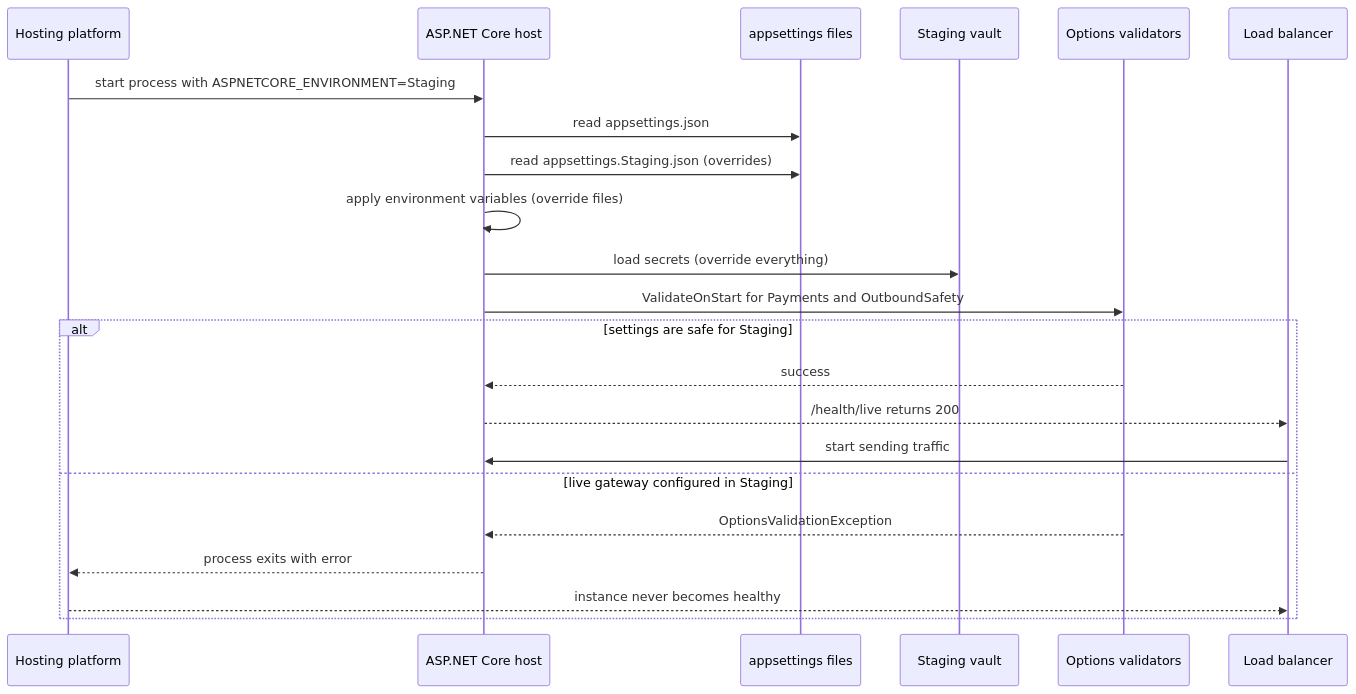
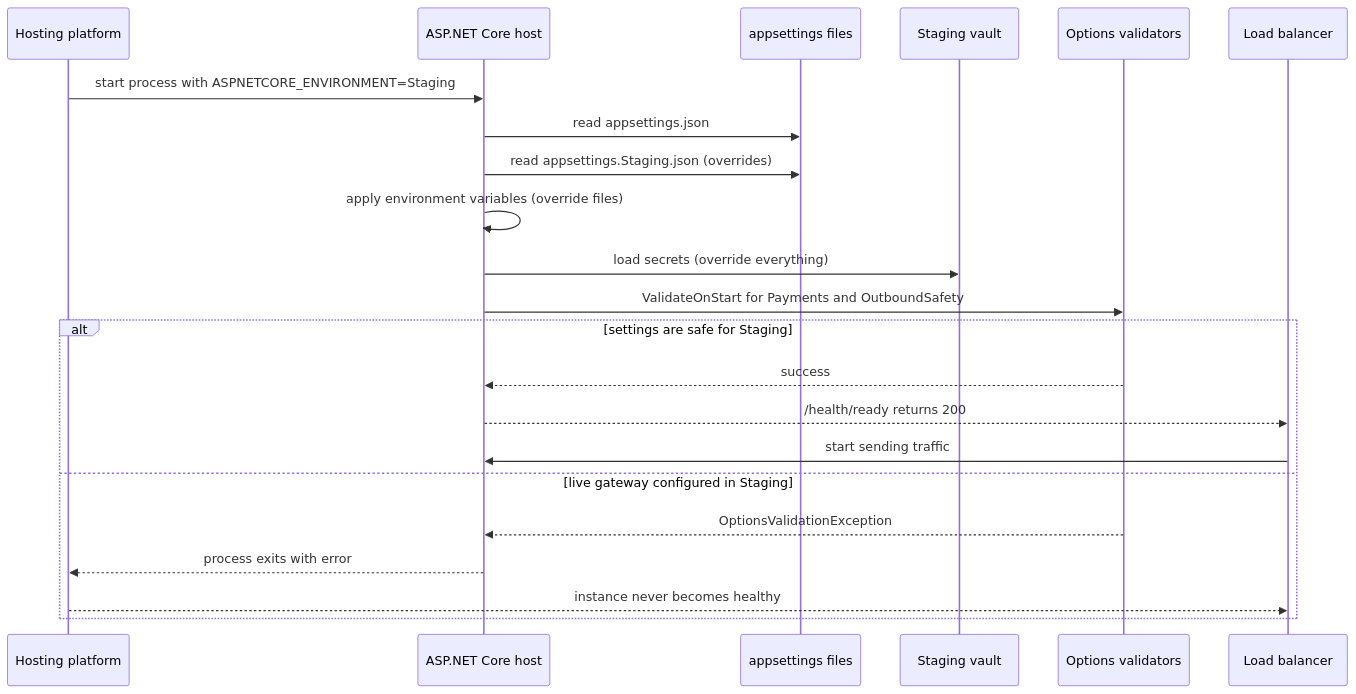
One commit to rizwi0786/system-design-lab changed the second of 2 diagrams in content/lessons/m15/m15-environments.md. Above: the diagram before and after it, drawn with Mermaid. The commit also changed other lines of this file and 334 other files, not shown here.

````diff
--- a/content/lessons/m15/m15-environments.md
+++ b/content/lessons/m15/m15-environments.md
@@ -220,24 +220,24 @@
 ```mermaid
 sequenceDiagram
     participant Plat as Hosting platform
     participant Host as ASP.NET Core host
     participant Files as appsettings files
     participant Vault as Staging vault
     participant Val as Options validators
     participant LB as Load balancer
     Plat->>Host: start process with ASPNETCORE_ENVIRONMENT=Staging
     Host->>Files: read appsettings.json
     Host->>Files: read appsettings.Staging.json (overrides)
     Host->>Host: apply environment variables (override files)
     Host->>Vault: load secrets (override everything)
     Host->>Val: ValidateOnStart for Payments and OutboundSafety
     alt settings are safe for Staging
         Val-->>Host: success
-        Host-->>LB: /health/live returns 200
+        Host-->>LB: /health/ready returns 200
         LB->>Host: start sending traffic
     else live gateway configured in Staging
         Val-->>Host: OptionsValidationException
         Host-->>Plat: process exits with error
         Plat-->>LB: instance never becomes healthy
     end
 ```
````
